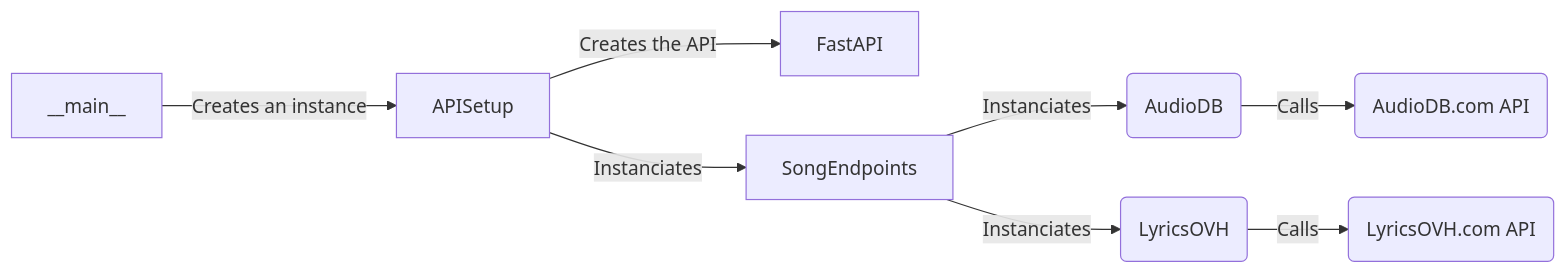
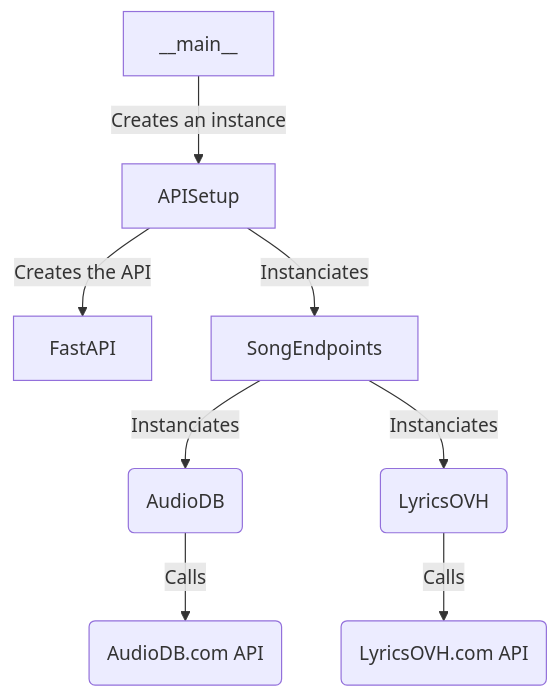
The diagram in README.md (AlexandreBidon/playlist-maker), drawn with Mermaid before and after one commit.

````diff
--- a/README.md
+++ b/README.md
@@ -46,11 +46,11 @@
 ```mermaid
-flowchart LR
+flowchart TB
 
     __main__ -- Creates an instance --> APISetup
     APISetup -- Creates the API --> FastAPI
     APISetup -- Instanciates --> SongEndpoints
     SongEndpoints -- Instanciates --> id1(AudioDB)
     SongEndpoints -- Instanciates --> id2(LyricsOVH)
     id1(AudioDB) -- Calls --> id3(AudioDB.com API)
     id2(LyricsOVH) -- Calls --> id4(LyricsOVH.com API)
 ```
````
